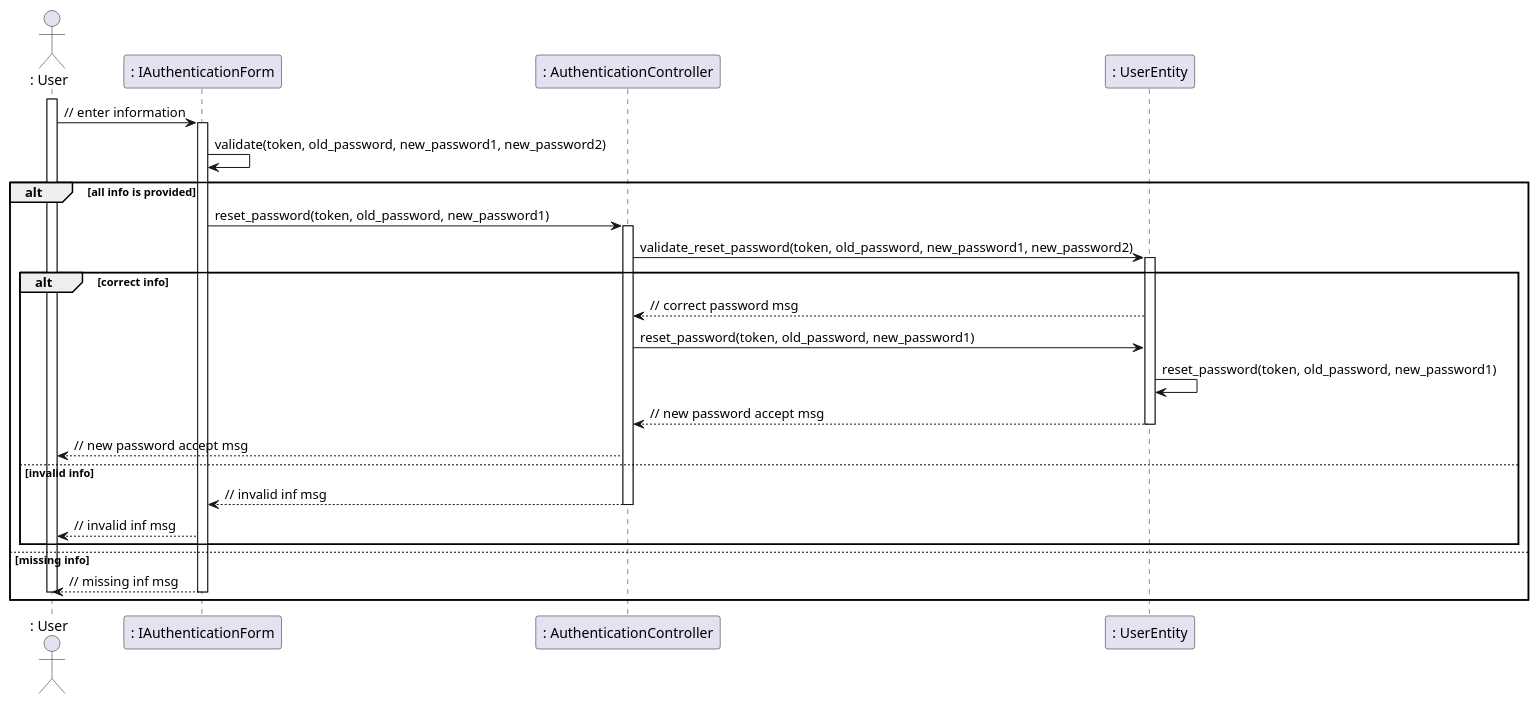
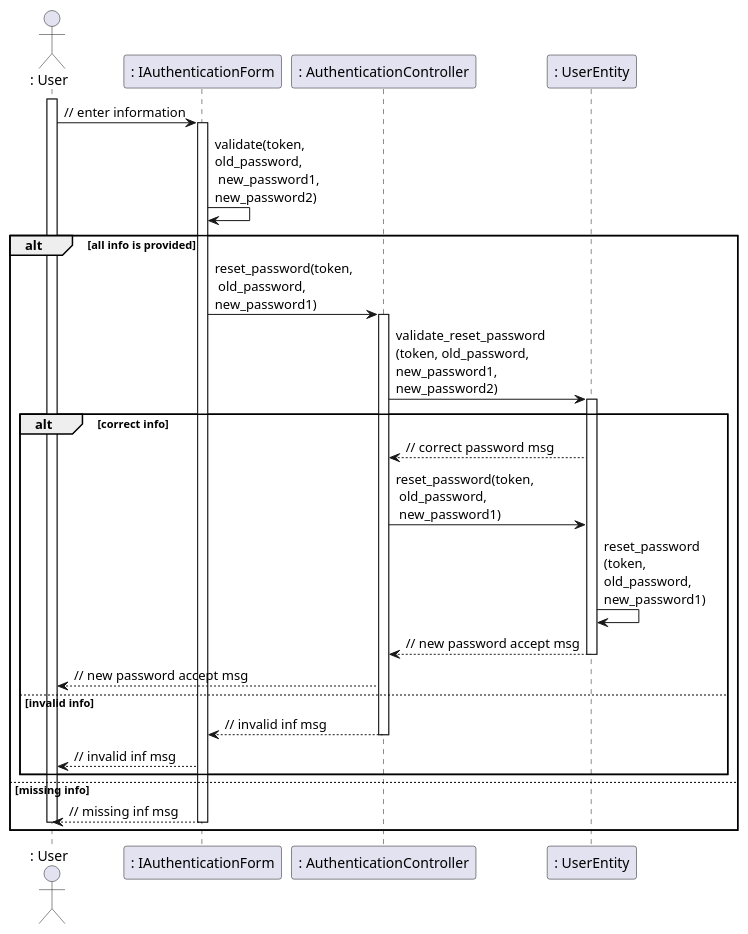
Before and after one commit to anonyhostvn/OOAD-Diagram: the diagram in sequence - design/authentication/resetPassword.plantuml, drawn with PlantUML. The commit also changed 6 other files, not shown here.

```diff
--- a/sequence - design/authentication/resetPassword.plantuml
+++ b/sequence - design/authentication/resetPassword.plantuml
@@ -1,40 +1,40 @@
 @startuml
 actor ": User"
 
 activate ": User"
 ": User" -> ": IAuthenticationForm" : // enter information
 activate ": IAuthenticationForm"
-": IAuthenticationForm" -> ": IAuthenticationForm" : validate(token, old_password, new_password1, new_password2)
+": IAuthenticationForm" -> ": IAuthenticationForm" : validate(token, \nold_password, \n new_password1, \nnew_password2)
 
 alt all info is provided
 
-": IAuthenticationForm" -> ": AuthenticationController" : reset_password(token, old_password, new_password1)
+": IAuthenticationForm" -> ": AuthenticationController" : reset_password(token,\n old_password, \nnew_password1)
 activate ": AuthenticationController"
-": AuthenticationController" -> ": UserEntity" : validate_reset_password(token, old_password, new_password1, new_password2)
+": AuthenticationController" -> ": UserEntity" : validate_reset_password\n(token, old_password, \nnew_password1, \nnew_password2)
 
 alt correct info
 activate ": UserEntity"
 ": UserEntity" --> ": AuthenticationController" : // correct password msg
-": AuthenticationController" -> ": UserEntity" : reset_password(token, old_password, new_password1)
+": AuthenticationController" -> ": UserEntity" : reset_password(token,\n old_password,\n new_password1)
 
 
-": UserEntity" -> ": UserEntity" : reset_password(token, old_password, new_password1)
+": UserEntity" -> ": UserEntity" : reset_password\n(token, \nold_password, \nnew_password1)
 ": UserEntity" --> ": AuthenticationController" : // new password accept msg
 deactivate ": UserEntity"
 ": AuthenticationController" --> ": User" : // new password accept msg
 
 else invalid info
 
 ": AuthenticationController" --> ": IAuthenticationForm" : // invalid inf msg
 deactivate ": AuthenticationController"
 ": IAuthenticationForm" --> ": User" : // invalid inf msg
 
 end
 
 else missing info
 
 ": IAuthenticationForm" --> ": User" : // missing inf msg
 deactivate ": IAuthenticationForm"
 deactivate ": User"
 end
 @enduml
```
